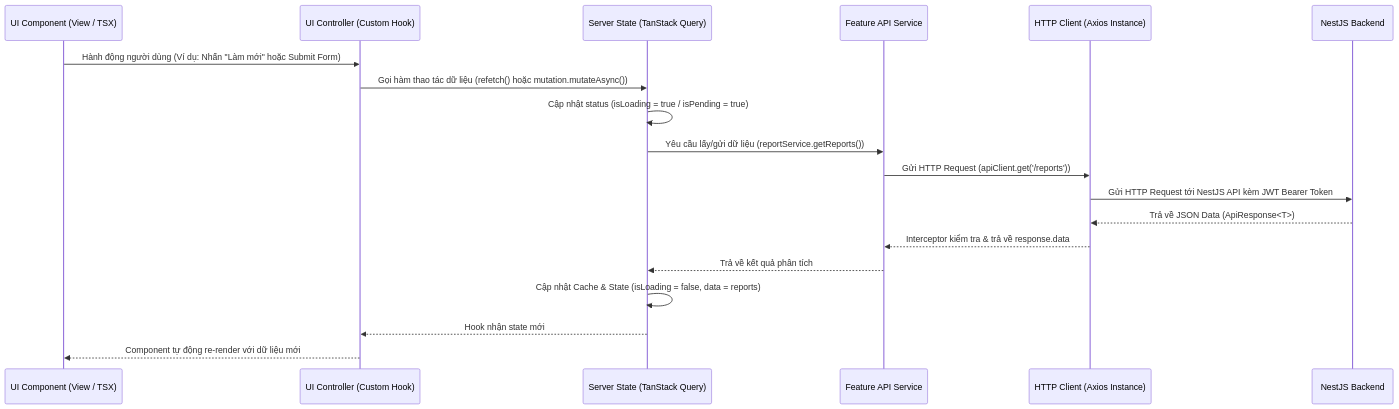
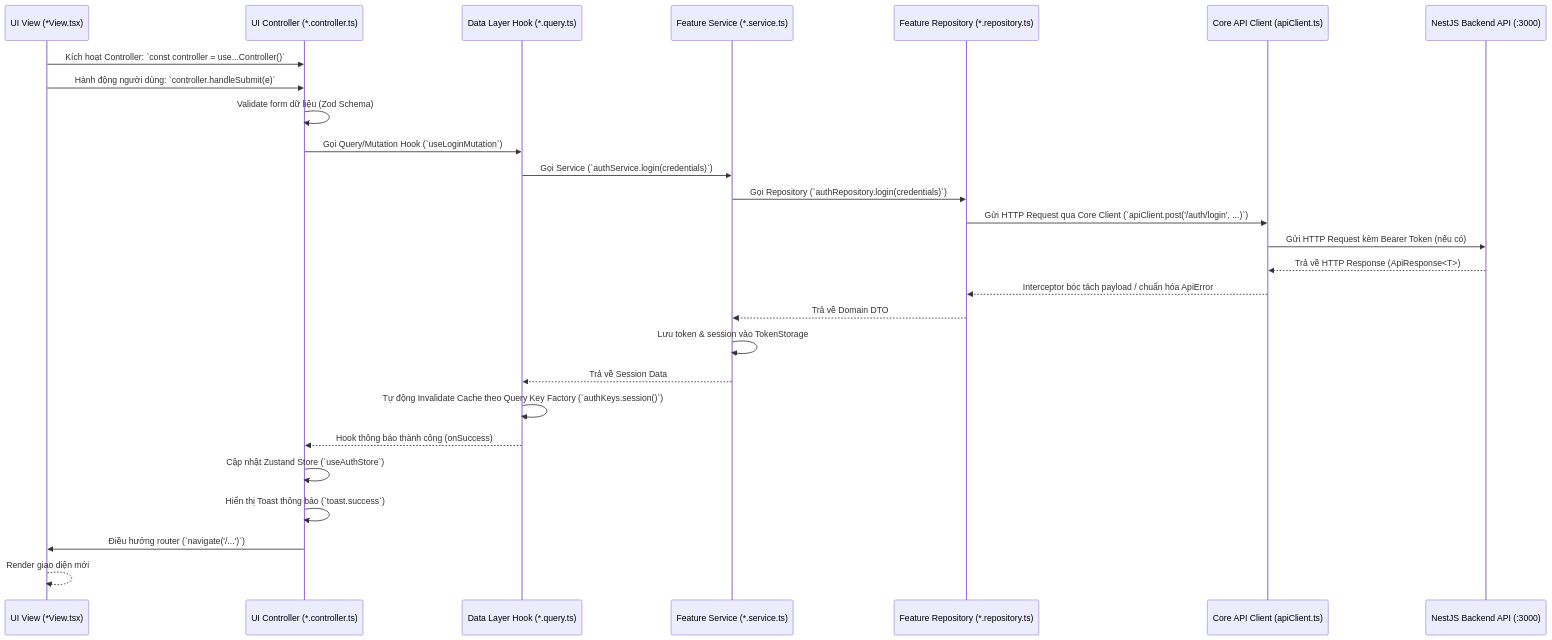
The diagram in architecture_web/architecture/data_flow.md (chuonghoai/Lyora), drawn with Mermaid before and after one commit. The commit also changed other lines of this file and 29 other files, not shown here.

Commit message:
chore: update skill and architecture sync with current source

````diff
--- a/architecture_web/architecture/data_flow.md
+++ b/architecture_web/architecture/data_flow.md
@@ -9,22 +9,30 @@
 ```mermaid
 sequenceDiagram
-    participant U as UI Component (View / TSX)
-    participant C as UI Controller (Custom Hook)
-    participant Q as Server State (TanStack Query)
-    participant S as Feature API Service
-    participant A as HTTP Client (Axios Instance)
-    participant B as NestJS Backend
+    participant V as UI View (*View.tsx)
+    participant C as UI Controller (*.controller.ts)
+    participant Q as Data Layer Hook (*.query.ts)
+    participant S as Feature Service (*.service.ts)
+    participant R as Feature Repository (*.repository.ts)
+    participant A as Core API Client (apiClient.ts)
+    participant B as NestJS Backend API (:3000)
 
-    U->>C: Hành động người dùng (Ví dụ: Nhấn "Làm mới" hoặc Submit Form)
-    C->>Q: Gọi hàm thao tác dữ liệu (refetch() hoặc mutation.mutateAsync())
-    Q->>Q: Cập nhật status (isLoading = true / isPending = true)
-    Q->>S: Yêu cầu lấy/gửi dữ liệu (reportService.getReports())
-    S->>A: Gửi HTTP Request (apiClient.get('/reports'))
-    A->>B: Gửi HTTP Request tới NestJS API kèm JWT Bearer Token
-    B-->>A: Trả về JSON Data (ApiResponse<T>)
-    A-->>S: Interceptor kiểm tra & trả về response.data
-    S-->>Q: Trả về kết quả phân tích
-    Q->>Q: Cập nhật Cache & State (isLoading = false, data = reports)
-    Q-->>C: Hook nhận state mới
-    C-->>U: Component tự động re-render với dữ liệu mới
+    V->>C: Kích hoạt Controller: `const controller = use...Controller()`
+    V->>C: Hành động người dùng: `controller.handleSubmit(e)`
+    C->>C: Validate form dữ liệu (Zod Schema)
+    C->>Q: Gọi Query/Mutation Hook (`useLoginMutation`)
+    Q->>S: Gọi Service (`authService.login(credentials)`)
+    S->>R: Gọi Repository (`authRepository.login(credentials)`)
+    R->>A: Gửi HTTP Request qua Core Client (`apiClient.post('/auth/login', ...)`)
+    A->>B: Gửi HTTP Request kèm Bearer Token (nếu có)
+    B-->>A: Trả về HTTP Response (ApiResponse<T>)
+    A-->>R: Interceptor bóc tách payload / chuẩn hóa ApiError
+    R-->>S: Trả về Domain DTO
+    S->>S: Lưu token & session vào TokenStorage
+    S-->>Q: Trả về Session Data
+    Q->>Q: Tự động Invalidate Cache theo Query Key Factory (`authKeys.session()`)
+    Q-->>C: Hook thông báo thành công (onSuccess)
+    C->>C: Cập nhật Zustand Store (`useAuthStore`)
+    C->>C: Hiển thị Toast thông báo (`toast.success`)
+    C->>V: Điều hướng router (`navigate('/...')`)
+    V-->>V: Render giao diện mới
 ```
````
